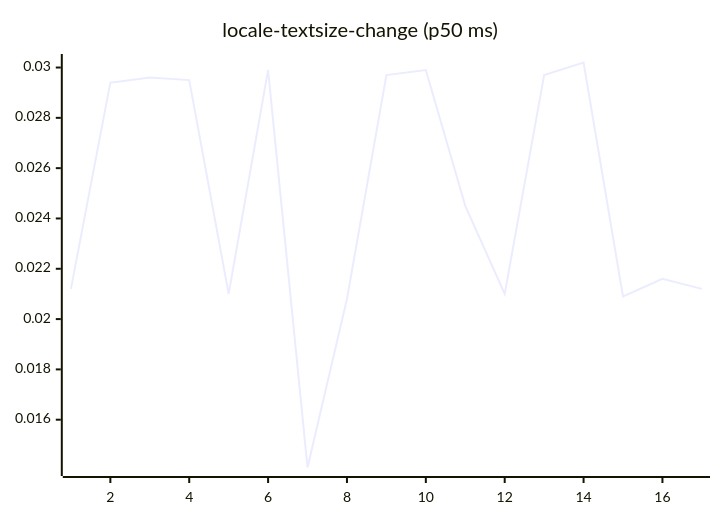
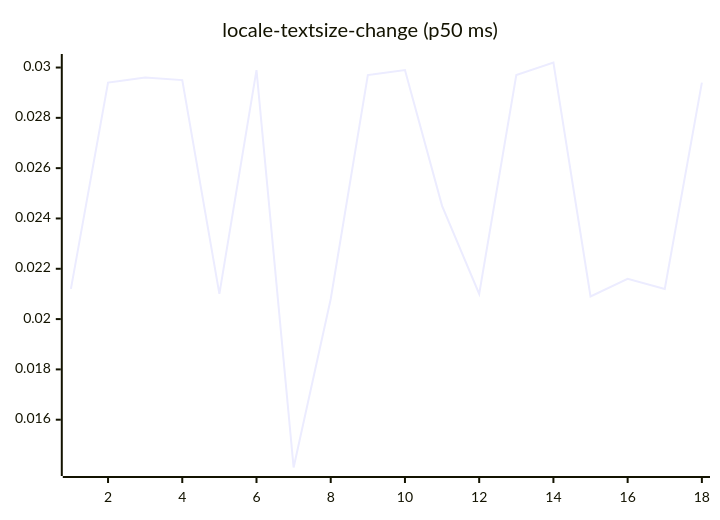
Diagram 13 of 27 in README.md (josha/Facet), drawn with Mermaid before and after one commit. The commit also changed other lines of this file and 2 other files, not shown here.

````diff
--- a/README.md
+++ b/README.md
@@ -147,6 +147,6 @@
 ```mermaid
 xychart-beta
     title "locale-textsize-change (p50 ms)"
-    x-axis 1 --> 17
-    line [0.0212, 0.0294, 0.0296, 0.0295, 0.0210, 0.0299, 0.0141, 0.0208, 0.0297, 0.0299, 0.0245, 0.0210, 0.0297, 0.0302, 0.0209, 0.0216, 0.0212]
+    x-axis 1 --> 18
+    line [0.0212, 0.0294, 0.0296, 0.0295, 0.0210, 0.0299, 0.0141, 0.0208, 0.0297, 0.0299, 0.0245, 0.0210, 0.0297, 0.0302, 0.0209, 0.0216, 0.0212, 0.0294]
 ```
````
